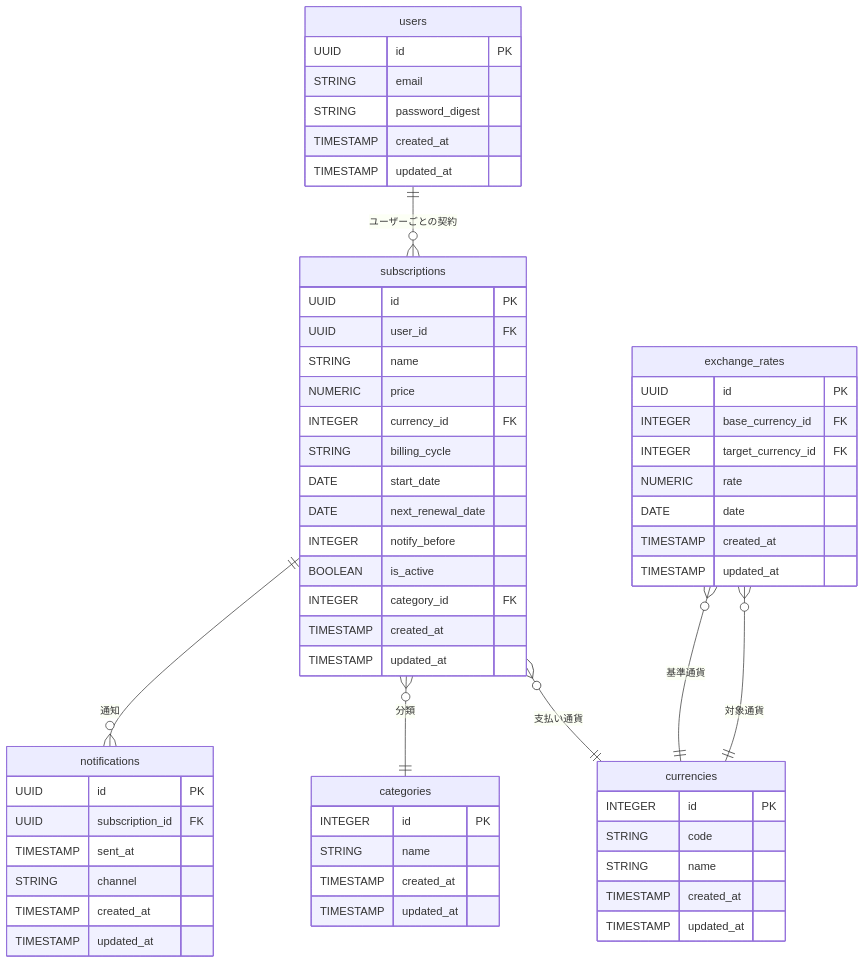
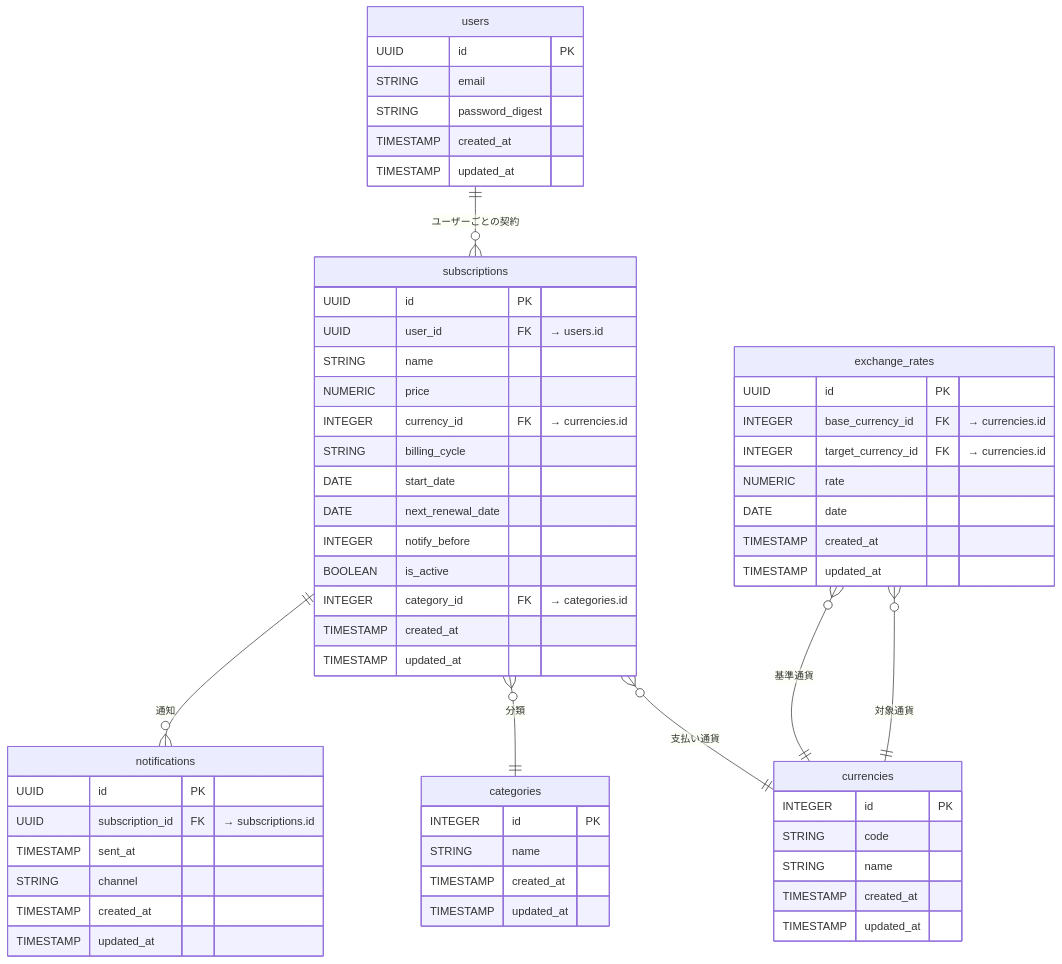
One commit to ueferi/track-my-subs changed the diagram in doc/er-diagram.md. Above: the diagram before and after it, drawn with Mermaid.

Commit message:
Add explicit references for all foreign keys in ER diagram for clarity

````diff
--- a/doc/er-diagram.md
+++ b/doc/er-diagram.md
@@ -7,68 +7,68 @@
 ```mermaid
 erDiagram
 
 users {
   UUID id PK
   STRING email
   STRING password_digest
   TIMESTAMP created_at
   TIMESTAMP updated_at
 }
 
 subscriptions {
   UUID id PK
-  UUID user_id FK
+  UUID user_id FK "→ users.id"
   STRING name
   NUMERIC price
-  INTEGER currency_id FK
+  INTEGER currency_id FK "→ currencies.id"
   STRING billing_cycle
   DATE start_date
   DATE next_renewal_date
   INTEGER notify_before
   BOOLEAN is_active
-  INTEGER category_id FK
+  INTEGER category_id FK "→ categories.id"
   TIMESTAMP created_at
   TIMESTAMP updated_at
 }
 
 notifications {
   UUID id PK
-  UUID subscription_id FK
+  UUID subscription_id FK "→ subscriptions.id"
   TIMESTAMP sent_at
   STRING channel
   TIMESTAMP created_at
   TIMESTAMP updated_at
 }
 
 categories {
   INTEGER id PK
   STRING name
   TIMESTAMP created_at
   TIMESTAMP updated_at
 }
 
 currencies {
   INTEGER id PK
   STRING code
   STRING name
   TIMESTAMP created_at
   TIMESTAMP updated_at
 }
 
 exchange_rates {
   UUID id PK
-  INTEGER base_currency_id FK
-  INTEGER target_currency_id FK
+  INTEGER base_currency_id FK "→ currencies.id"
+  INTEGER target_currency_id FK "→ currencies.id"
   NUMERIC rate
   DATE date
   TIMESTAMP created_at
   TIMESTAMP updated_at
 }
 
 users ||--o{ subscriptions : "ユーザーごとの契約"
 subscriptions ||--o{ notifications : "通知"
 subscriptions }o--|| categories : "分類"
 subscriptions }o--|| currencies : "支払い通貨"
 exchange_rates }o--|| currencies : "基準通貨"
 exchange_rates }o--|| currencies : "対象通貨"
 ```
````
